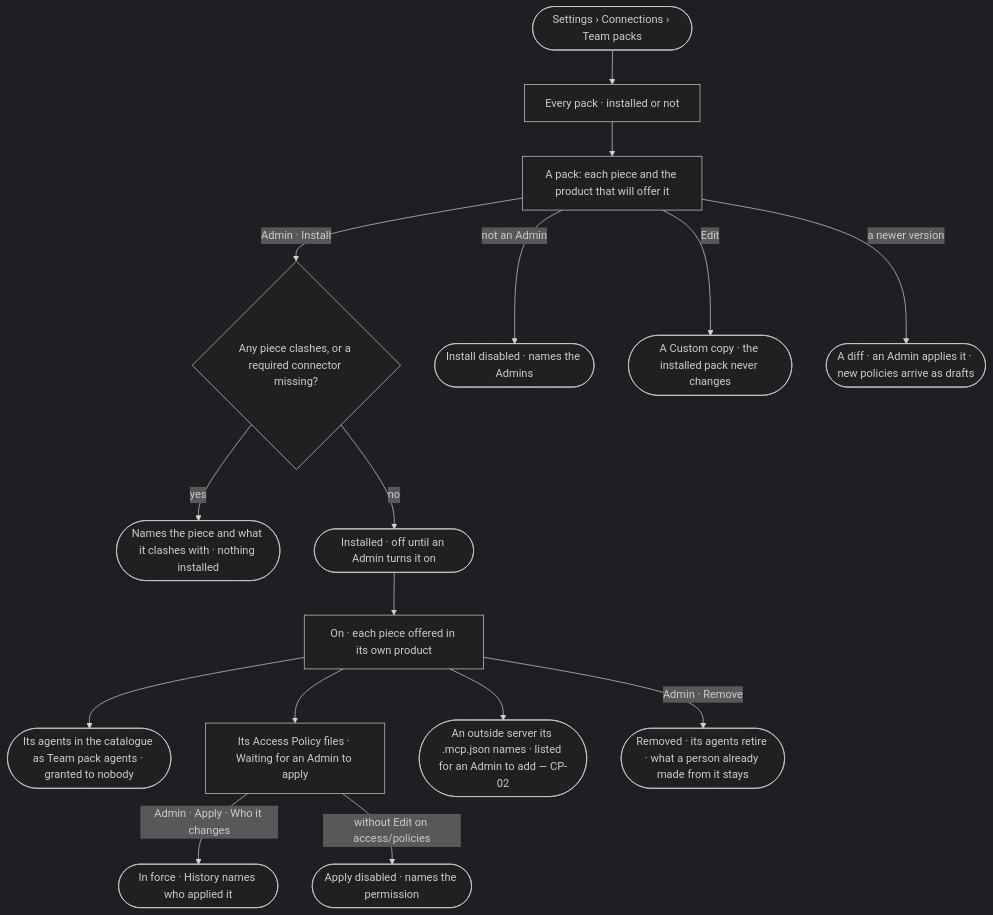
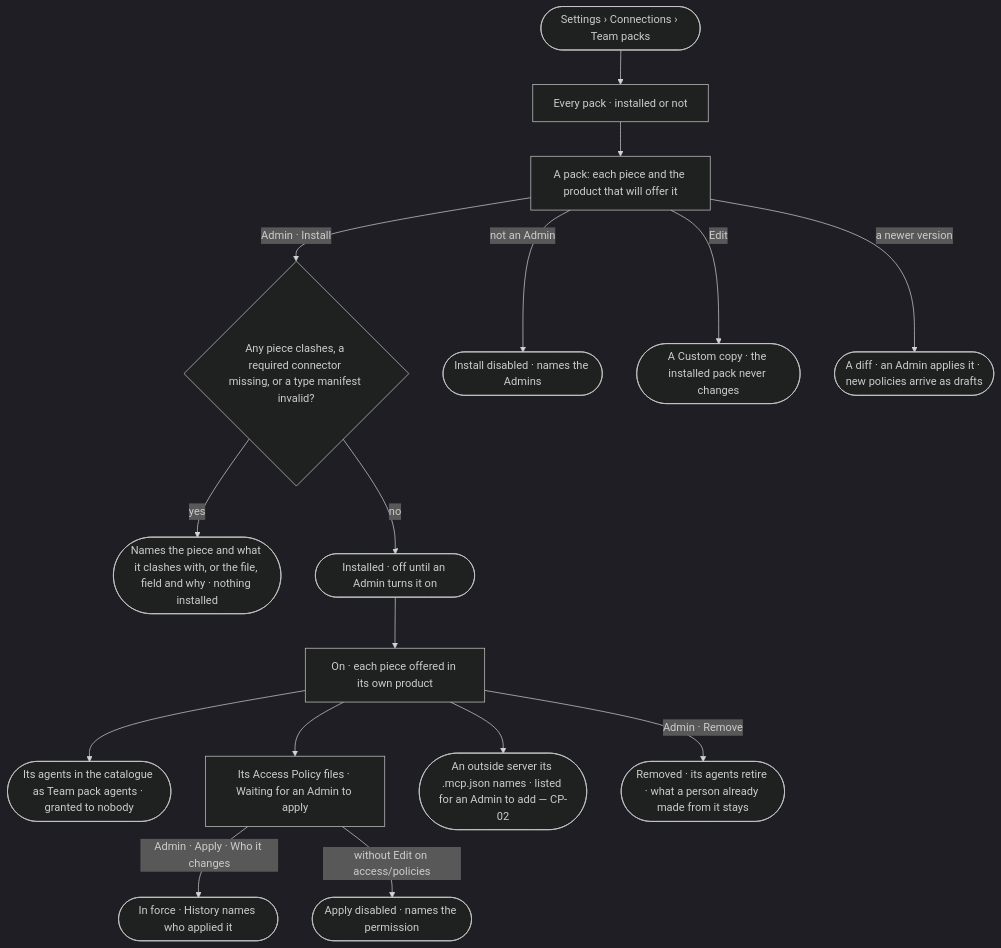
One commit to invana/invana changed the diagram in specs/os/control/features/CP-F02-plugins-and-outside-tools/stories/CP-20-install-a-team-pack/story.md. Above: the diagram before and after it, drawn with Mermaid (dark theme). The commit also changed other lines of this file and 25 other files, not shown here.

````diff
--- a/specs/os/control/features/CP-F02-plugins-and-outside-tools/stories/CP-20-install-a-team-pack/story.md
+++ b/specs/os/control/features/CP-F02-plugins-and-outside-tools/stories/CP-20-install-a-team-pack/story.md
@@ -30,18 +30,18 @@
 ```mermaid
 flowchart TD
   s([Settings › Connections › Team packs]) --> l["Every pack · installed or not"]
   l --> p["A pack: each piece and the product that will offer it"]
-  p -->|Admin · Install| c{"Any piece clashes, or a required connector missing?"}
-  c -->|yes| x(["Names the piece and what it clashes with · nothing installed"])
+  p -->|Admin · Install| c{"Any piece clashes, a required connector missing, or a type manifest invalid?"}
+  c -->|yes| x(["Names the piece and what it clashes with, or the file, field and why · nothing installed"])
   c -->|no| i(["Installed · off until an Admin turns it on"])
   i --> on["On · each piece offered in its own product"]
   on --> ag(["Its agents in the catalogue as Team pack agents · granted to nobody"])
   on --> pol["Its Access Policy files · Waiting for an Admin to apply"]
   pol -->|Admin · Apply · Who it changes| ap(["In force · History names who applied it"])
   pol -->|without Edit on access/policies| pd(["Apply disabled · names the permission"])
   on --> sv(["An outside server its .mcp.json names · listed for an Admin to add — CP-02"])
   p -->|not an Admin| d(["Install disabled · names the Admins"])
   p -->|Edit| cu(["A Custom copy · the installed pack never changes"])
   p -->|a newer version| up(["A diff · an Admin applies it · new policies arrive as drafts"])
   on -->|Admin · Remove| r(["Removed · its agents retire · what a person already made from it stays"])
 ```
````
